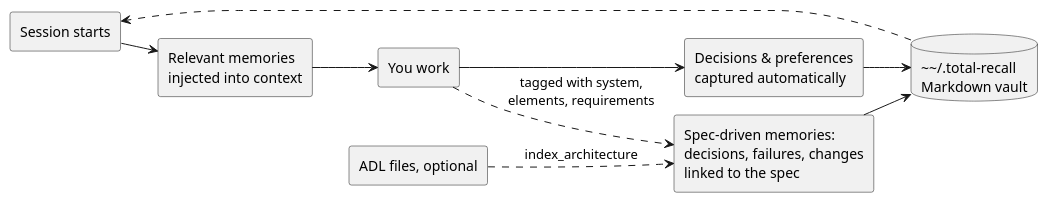
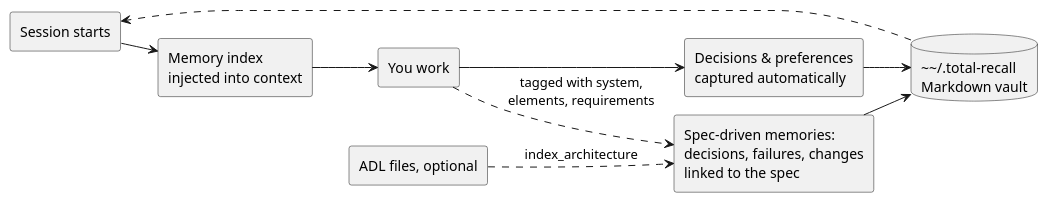
One commit to adrian-balaban/total-recall changed the diagram in docs/diagrams/session-loop-en.puml. Above: the diagram before and after it, drawn with PlantUML. The commit also changed 6 other files, not shown here.

First line of the commit message:
docs: update session-start injection docs to memory index on demand

```diff
--- a/docs/diagrams/session-loop-en.puml
+++ b/docs/diagrams/session-loop-en.puml
@@ -1,22 +1,22 @@
 @startuml session-loop-en
 !pragma layout smetana
 left to right direction
 skinparam shadowing false
 skinparam defaultFontName Helvetica
 
 rectangle "Session starts" as A
-rectangle "Relevant memories\ninjected into context" as B
+rectangle "Memory index\ninjected into context" as B
 rectangle "You work" as C
 rectangle "Decisions & preferences\ncaptured automatically" as D
 database "~~/.total-recall\nMarkdown vault" as E
 rectangle "Spec-driven memories:\ndecisions, failures, changes\nlinked to the spec" as G
 rectangle "ADL files, optional" as Hh
 A --> B
 B --> C
 C --> D
 D --> E
 E ..> A
 C ..> G : tagged with system,\nelements, requirements
 G --> E
 Hh ..> G : index_architecture
 @enduml
```
